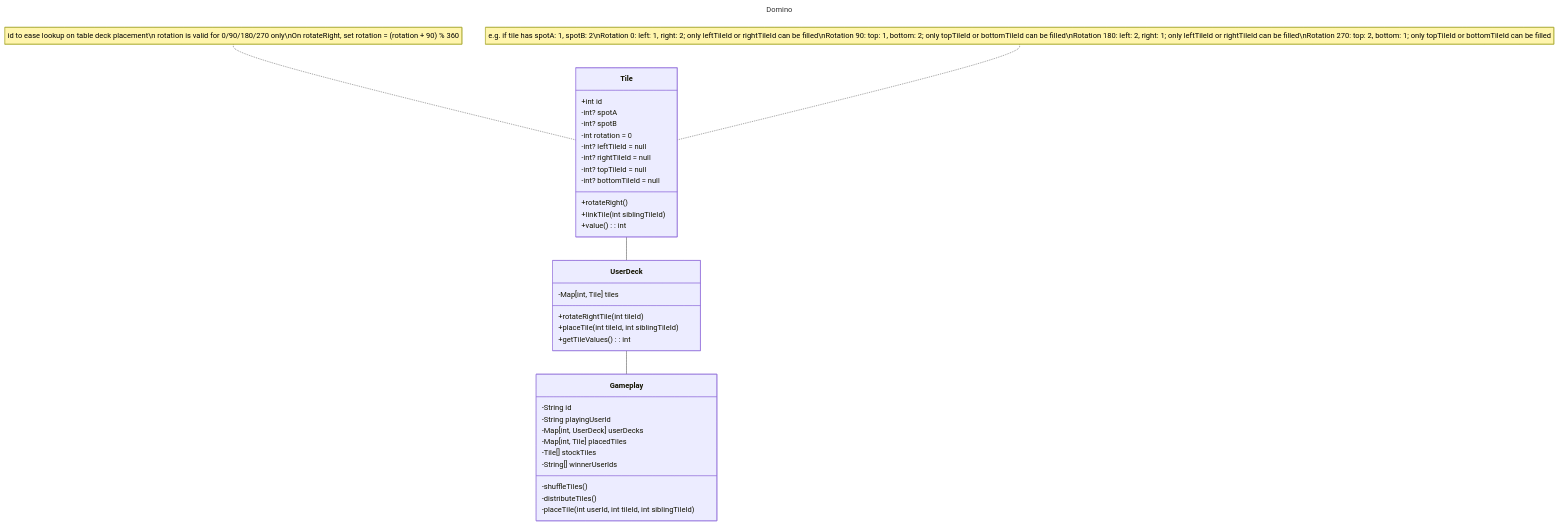
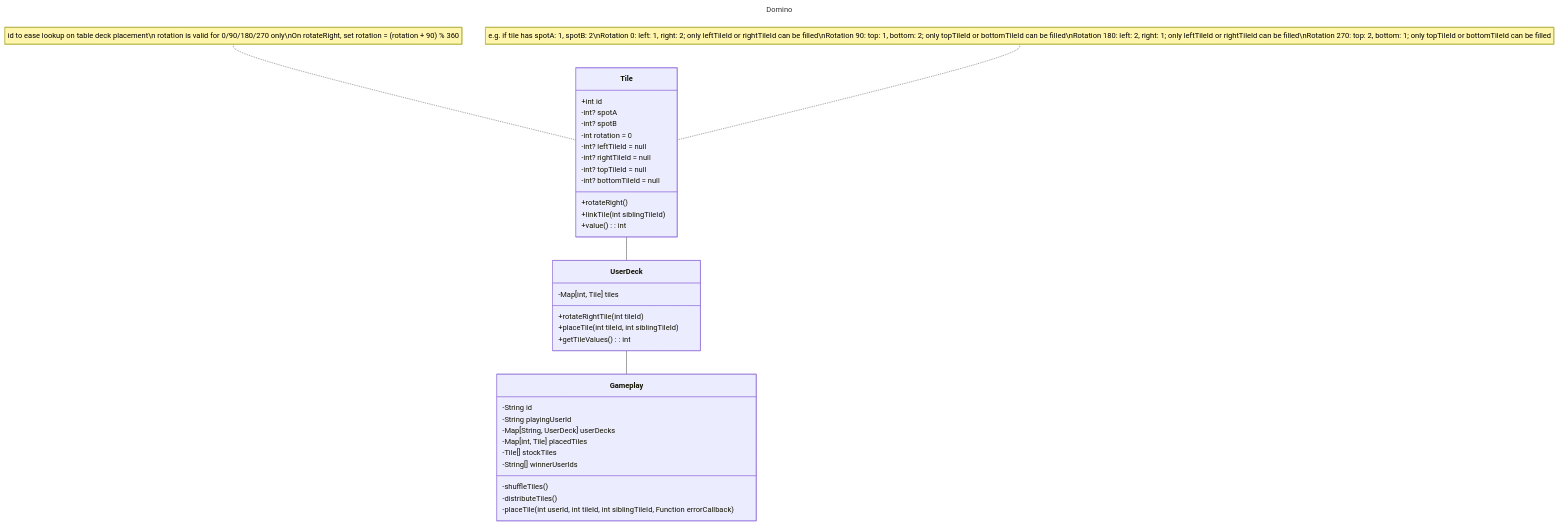
One commit to hanssagita/go-games changed the first of 2 diagrams in docs/domino.md. Above: the diagram before and after it, drawn with Mermaid. The commit also changed 6 other files, not shown here.

````diff
--- a/docs/domino.md
+++ b/docs/domino.md
@@ -7,40 +7,40 @@
 ```mermaid
 ---
 title: Domino
 ---
 classDiagram
     note for Tile "id to ease lookup on table deck placement\n rotation is valid for 0/90/180/270 only\nOn rotateRight, set rotation = (rotation + 90) % 360"
     note for Tile "e.g. if tile has spotA: 1, spotB: 2\nRotation 0: left: 1, right: 2; only leftTileId or rightTileId can be filled\nRotation 90: top: 1, bottom: 2; only topTileId or bottomTileId can be filled\nRotation 180: left: 2, right: 1; only leftTileId or rightTileId can be filled\nRotation 270: top: 2, bottom: 1; only topTileId or bottomTileId can be filled"
     class Tile{
         +int id
         -int? spotA
         -int? spotB
         -int rotation = 0
         -int? leftTileId = null
         -int? rightTileId = null
         -int? topTileId = null
         -int? bottomTileId = null
         +rotateRight()
         +linkTile(int siblingTileId)
         +value(): int
     }
     class UserDeck{
         -Map[int, Tile] tiles
         +rotateRightTile(int tileId)
         +placeTile(int tileId, int siblingTileId)
         +getTileValues(): int
     }
     class Gameplay{
         -String id
         -String playingUserId
-        -Map[int, UserDeck] userDecks
+        -Map[String, UserDeck] userDecks
         -Map[int, Tile] placedTiles
         -Tile[] stockTiles
         -String[] winnerUserIds
         -shuffleTiles()
         -distributeTiles()
-        -placeTile(int userId, int tileId, int siblingTileId)
+        -placeTile(int userId, int tileId, int siblingTileId, Function errorCallback)
     }
     Tile -- UserDeck
     UserDeck --  Gameplay
 ```
````
